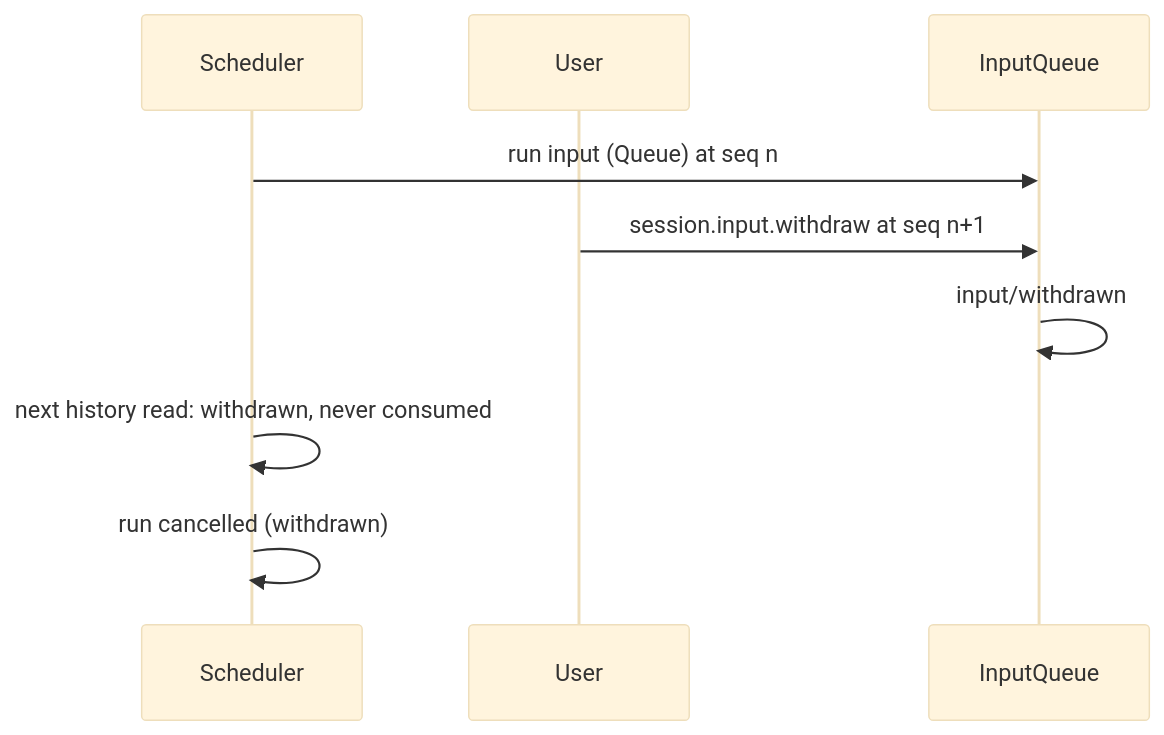
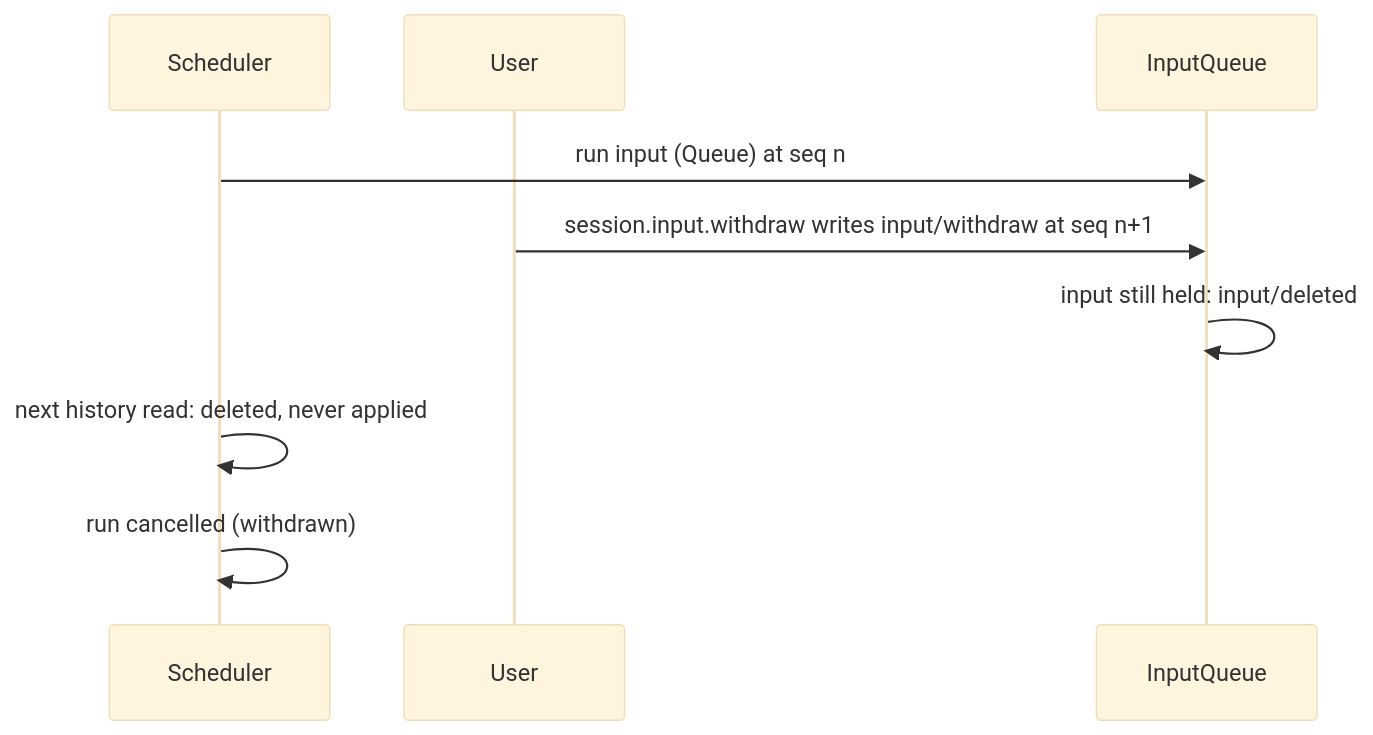
Before and after one commit to CoutinhoTTS/dim-agent: the sixth of 6 diagrams in docs/design/plugins/Scheduler.md, drawn with Mermaid (base theme). The commit also changed other lines of this file and 18 other files, not shown here.

First line of the commit message:
docs(design): hooks via asynchronous before callbacks and withdraw/delete input events

````diff
--- a/docs/design/plugins/Scheduler.md
+++ b/docs/design/plugins/Scheduler.md
@@ -147,11 +147,11 @@
 ```mermaid
 sequenceDiagram
   participant S as Scheduler
   participant U as User
   participant IQ as InputQueue
   S->>IQ: run input (Queue) at seq n
-  U->>IQ: session.input.withdraw at seq n+1
-  IQ->>IQ: input/withdrawn
-  S->>S: next history read: withdrawn, never consumed
+  U->>IQ: session.input.withdraw writes input/withdraw at seq n+1
+  IQ->>IQ: input still held: input/deleted
+  S->>S: next history read: deleted, never applied
   S->>S: run cancelled (withdrawn)
 ```
````
